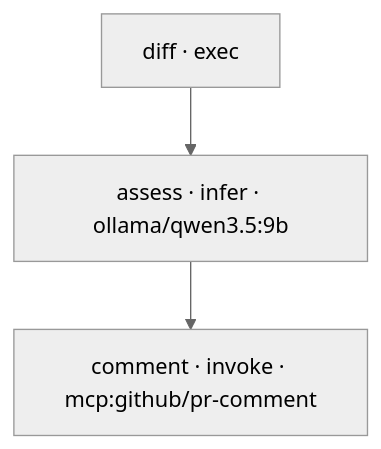
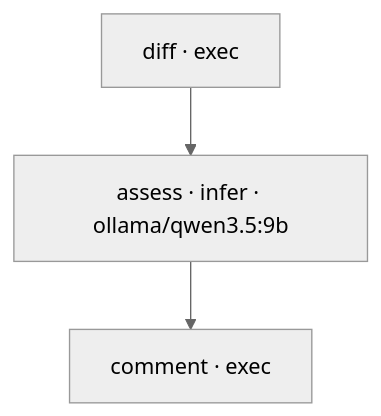
One commit to supernovae-st/nika-actions-starter changed the diagram in README.md. Above: the diagram before and after it, drawn with Mermaid (neutral theme). The commit also changed other lines of this file and 17 other files, not shown here.

First line of the commit message:
feat(file-identity): ship starter flows as .nika programs (#13)

````diff
--- a/README.md
+++ b/README.md
@@ -26,8 +26,8 @@
 ```mermaid
 graph TD
   diff["diff · exec"]
   assess["assess · infer · ollama/qwen3.5:9b"]
-  comment["comment · invoke · mcp:github/pr-comment"]
+  comment["comment · exec"]
   assess --> comment
   diff --> assess
 ```
````
